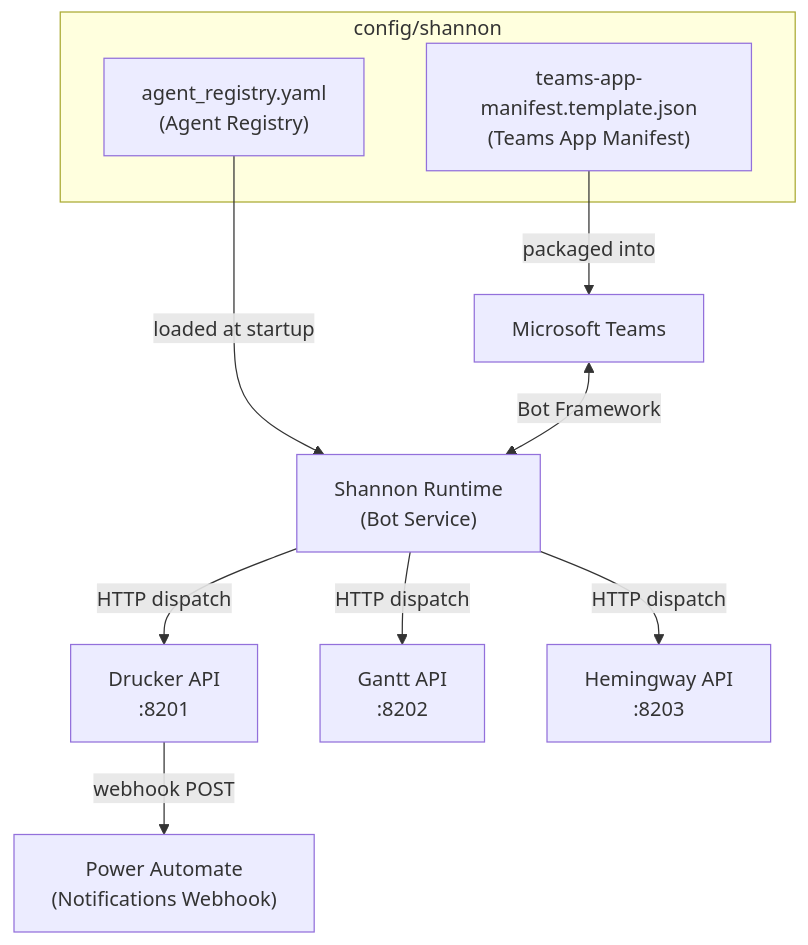
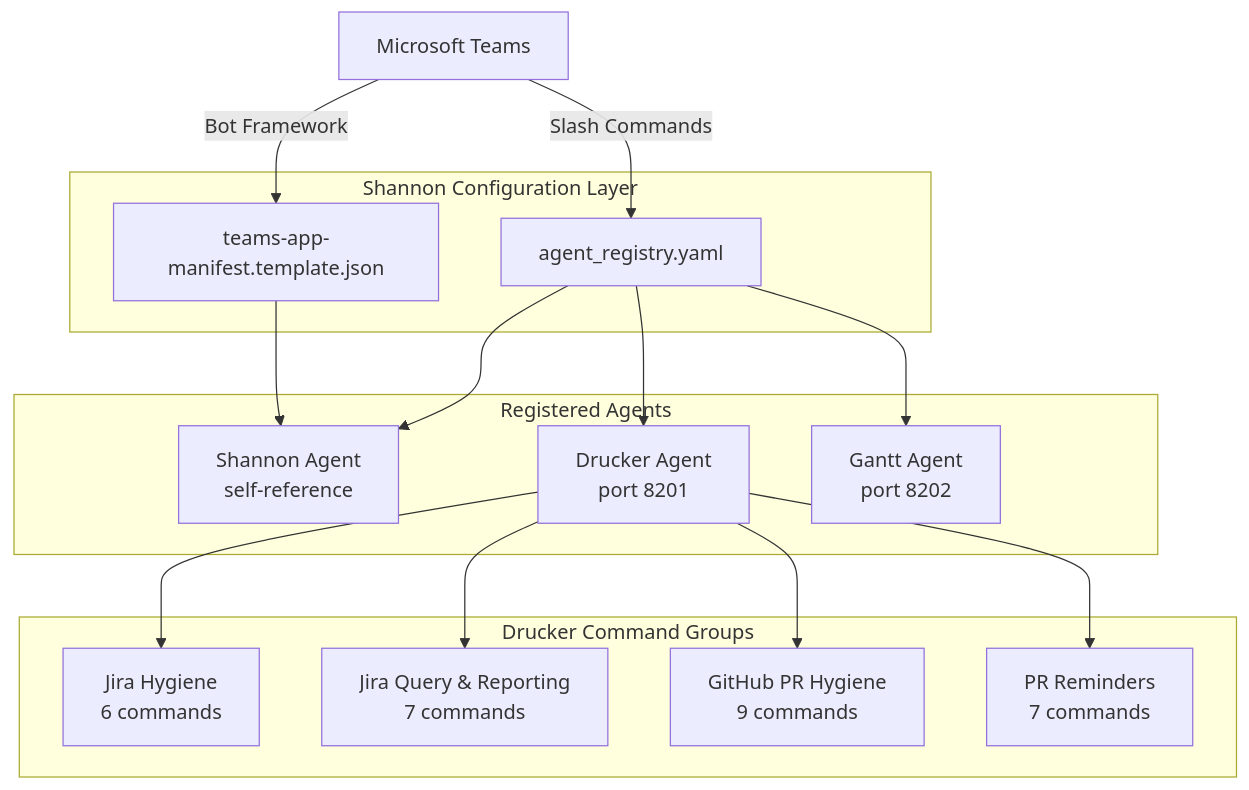
Before and after one commit to jmac-cornelis/agent-workforce: the first of 4 diagrams in docs/config-shannon.md, drawn with Mermaid. The commit also changed other lines of this file and 7 other files, not shown here.

````diff
--- a/docs/config-shannon.md
+++ b/docs/config-shannon.md
@@ -23,22 +28,32 @@
 ```mermaid
 graph TD
-    subgraph "config/shannon"
-        REG["agent_registry.yaml<br/>(Agent Registry)"]
-        MANIFEST["teams-app-manifest.template.json<br/>(Teams App Manifest)"]
+    subgraph "Shannon Configuration Layer"
+        AR[agent_registry.yaml]
+        TM[teams-app-manifest.template.json]
     end
 
-    SHANNON_RT["Shannon Runtime<br/>(Bot Service)"]
-    TEAMS["Microsoft Teams"]
-    DRUCKER["Drucker API<br/>:8201"]
-    GANTT["Gantt API<br/>:8202"]
-    HEMINGWAY["Hemingway API<br/>:8203"]
-    PA["Power Automate<br/>(Notifications Webhook)"]
+    subgraph "Registered Agents"
+        SA[Shannon Agent<br/>self-reference]
+        DA[Drucker Agent<br/>port 8201]
+        GA[Gantt Agent<br/>port 8202]
+    end
 
-    REG -->|loaded at startup| SHANNON_RT
-    MANIFEST -->|packaged into| TEAMS
-    TEAMS <-->|Bot Framework| SHANNON_RT
-    SHANNON_RT -->|HTTP dispatch| DRUCKER
-    SHANNON_RT -->|HTTP dispatch| GANTT
-    SHANNON_RT -->|HTTP dispatch| HEMINGWAY
-    DRUCKER -->|webhook POST| PA
+    subgraph "Drucker Command Groups"
+        JH[Jira Hygiene<br/>6 commands]
+        JQ[Jira Query & Reporting<br/>7 commands]
+        GH[GitHub PR Hygiene<br/>9 commands]
+        PR[PR Reminders<br/>7 commands]
+    end
+
+    AR --> SA
+    AR --> DA
+    AR --> GA
+    DA --> JH
+    DA --> JQ
+    DA --> GH
+    DA --> PR
+    TM --> SA
+
+    Teams[Microsoft Teams] -->|Bot Framework| TM
+    Teams -->|Slash Commands| AR
 ```
````
